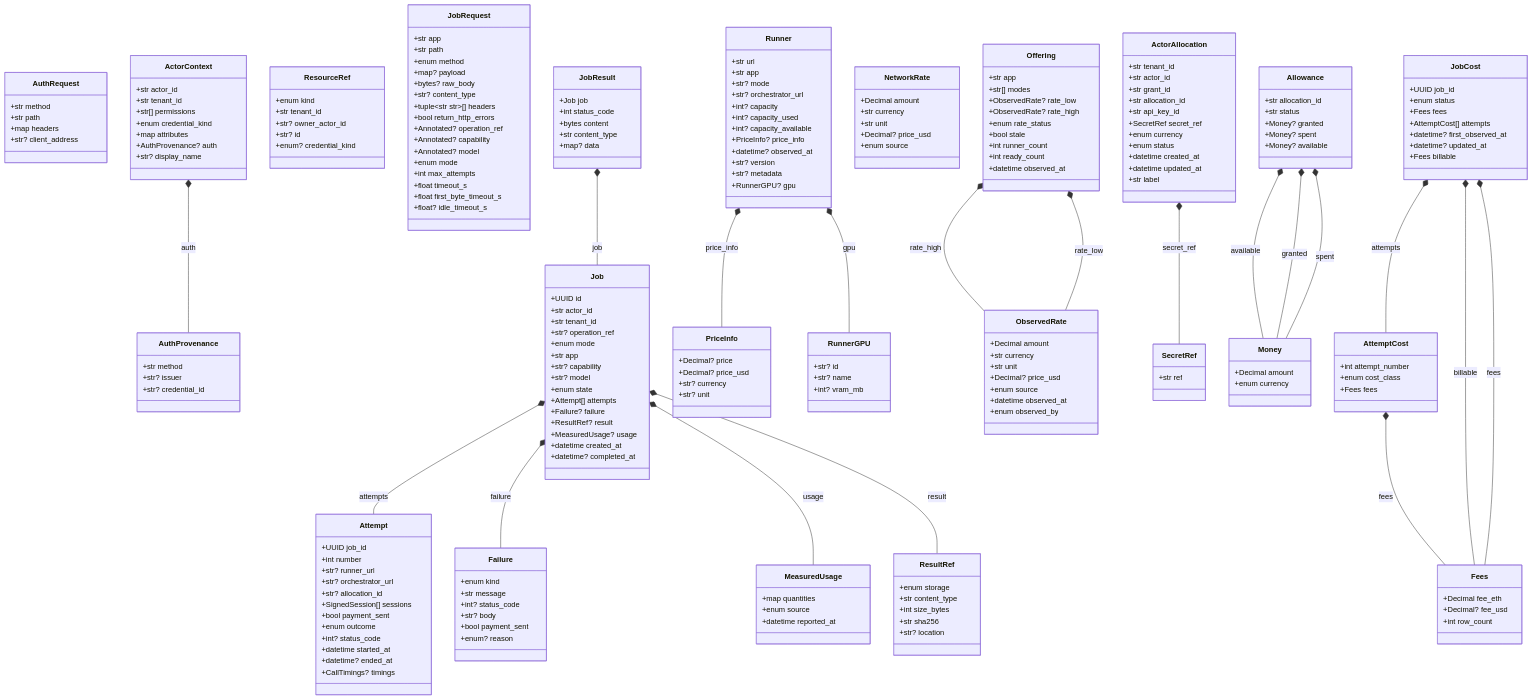
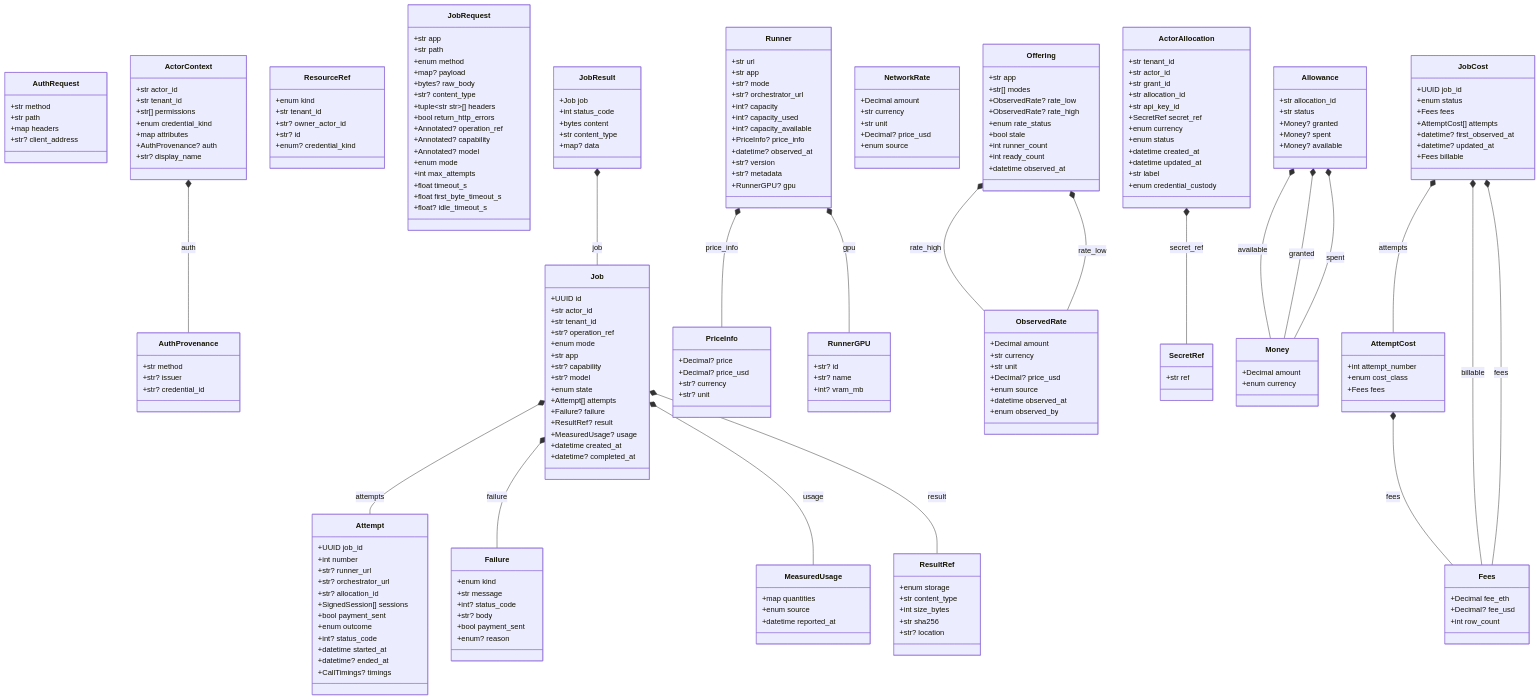
The diagram in docs/generated/contracts.md (NE-Build-Track/livepeer-builder-core), drawn with Mermaid before and after one commit. The commit also changed 32 other files, not shown here.

```diff
--- a/docs/generated/contracts.md
+++ b/docs/generated/contracts.md
@@ -192,6 +192,7 @@
         +datetime created_at
         +datetime updated_at
         +str label
+        +enum credential_custody
     }
     class SecretRef {
         +str ref
```
